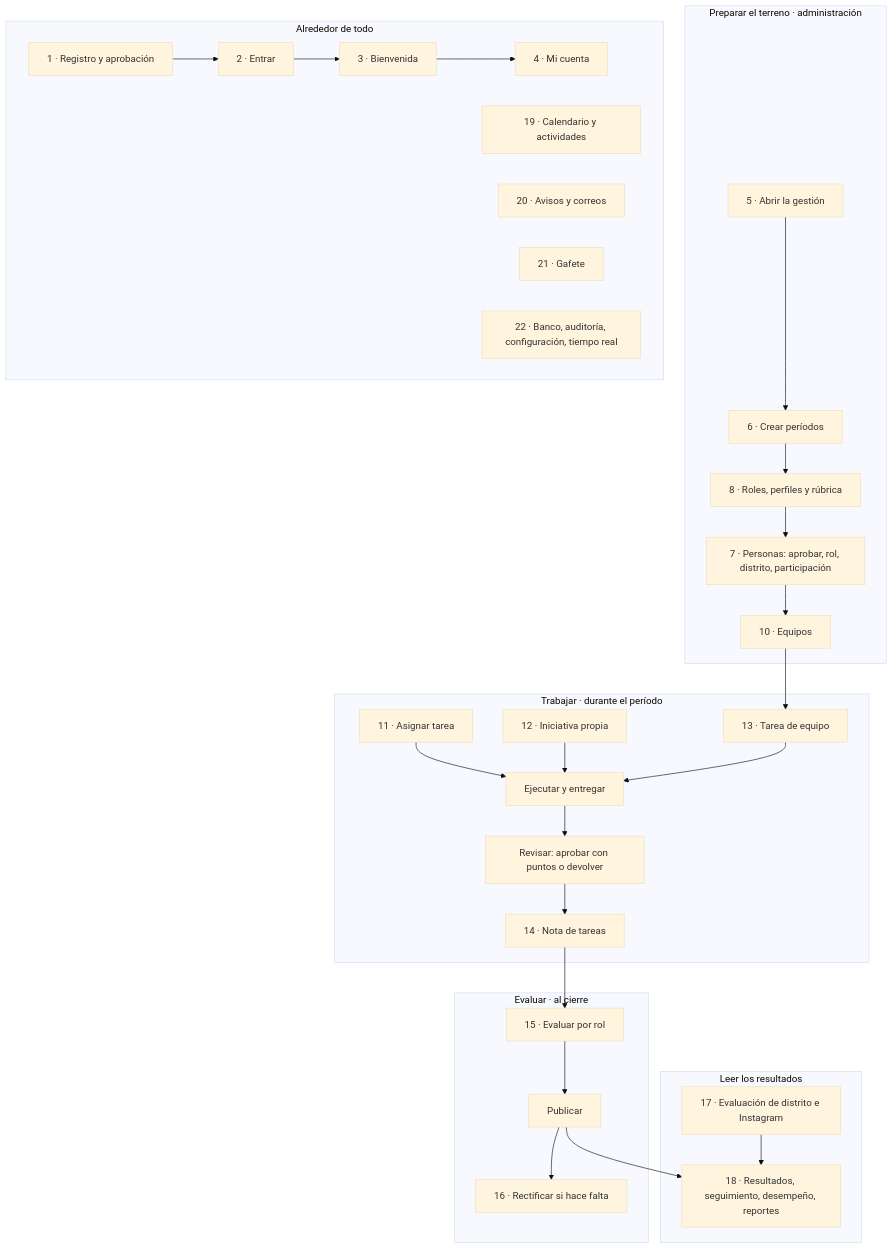
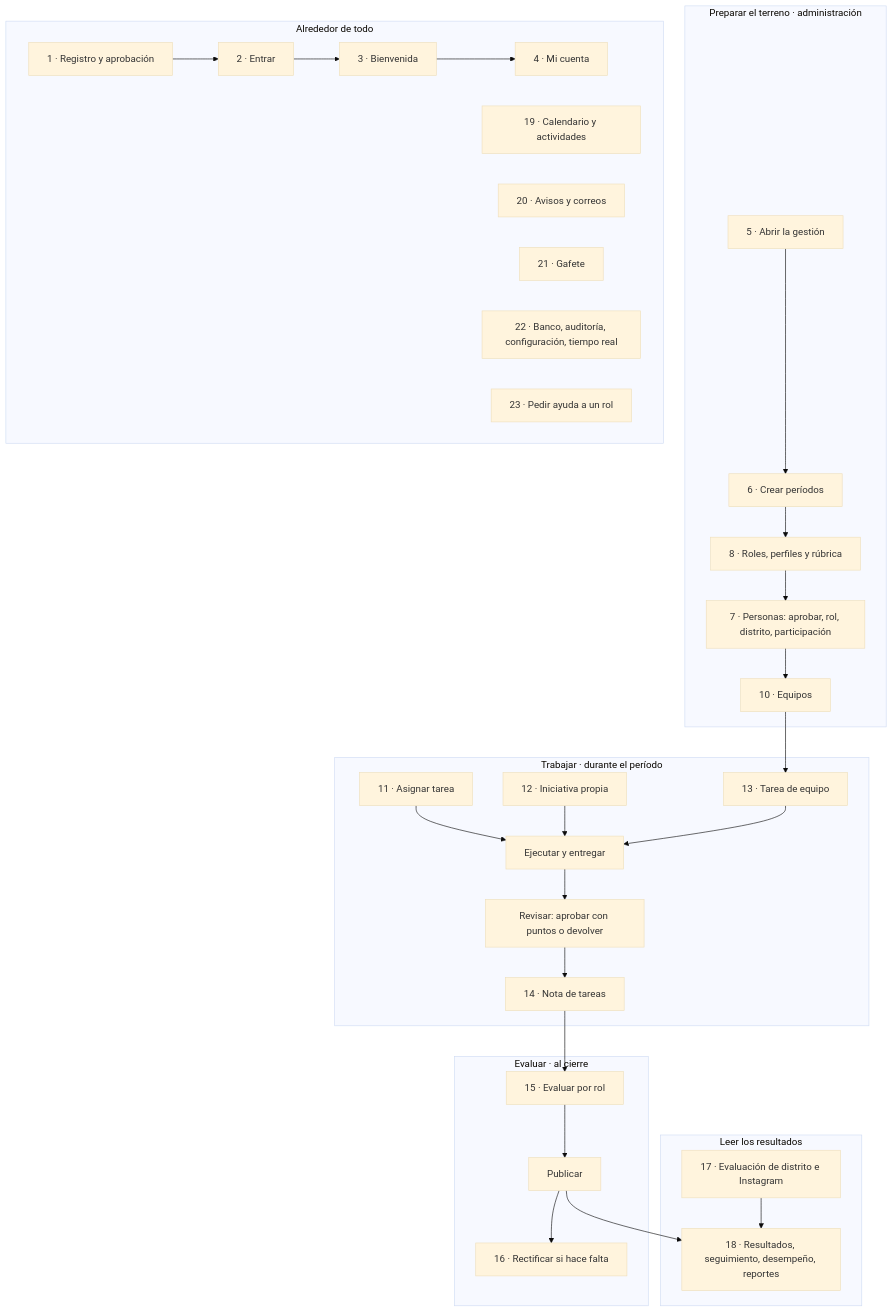
One commit to odteam-x/eight-coms changed the first of 2 diagrams in docs/DOCUMENTACION-COMPLETA-DEL-SISTEMA.md. Above: the diagram before and after it, drawn with Mermaid (base theme). The commit also changed other lines of this file and 46 other files, not shown here.

Commit message:
Solicito tu ayuda: pantalla Pedir ayuda en los tres portales, avisos, tiempo real, simulador, pruebas y documentación (0068)

````diff
--- a/docs/DOCUMENTACION-COMPLETA-DEL-SISTEMA.md
+++ b/docs/DOCUMENTACION-COMPLETA-DEL-SISTEMA.md
@@ -140,35 +140,36 @@
 ```mermaid
 flowchart TD
   subgraph A[Preparar el terreno · administración]
     P5[5 · Abrir la gestión] --> P6[6 · Crear períodos]
     P6 --> P8[8 · Roles, perfiles y rúbrica]
     P8 --> P7[7 · Personas: aprobar, rol, distrito, participación]
     P7 --> P10[10 · Equipos]
   end
   subgraph B[Trabajar · durante el período]
     P11[11 · Asignar tarea] --> EJ[Ejecutar y entregar]
     P12[12 · Iniciativa propia] --> EJ
     P10 --> P13[13 · Tarea de equipo]
     P13 --> EJ
     EJ --> REV[Revisar: aprobar con puntos o devolver]
     REV --> P14[14 · Nota de tareas]
   end
   subgraph C[Evaluar · al cierre]
     P14 --> P15[15 · Evaluar por rol]
     P15 --> PUB[Publicar]
     PUB --> P16[16 · Rectificar si hace falta]
   end
   subgraph D[Leer los resultados]
     PUB --> P18[18 · Resultados, seguimiento, desempeño, reportes]
     P17[17 · Evaluación de distrito e Instagram] --> P18
   end
   subgraph E[Alrededor de todo]
     P1[1 · Registro y aprobación] --> P2[2 · Entrar]
     P2 --> P3[3 · Bienvenida]
     P3 --> P4[4 · Mi cuenta]
     P19[19 · Calendario y actividades]
     P20[20 · Avisos y correos]
     P21[21 · Gafete]
     P22[22 · Banco, auditoría, configuración, tiempo real]
+    P23[23 · Pedir ayuda a un rol]
   end
 ```
````
